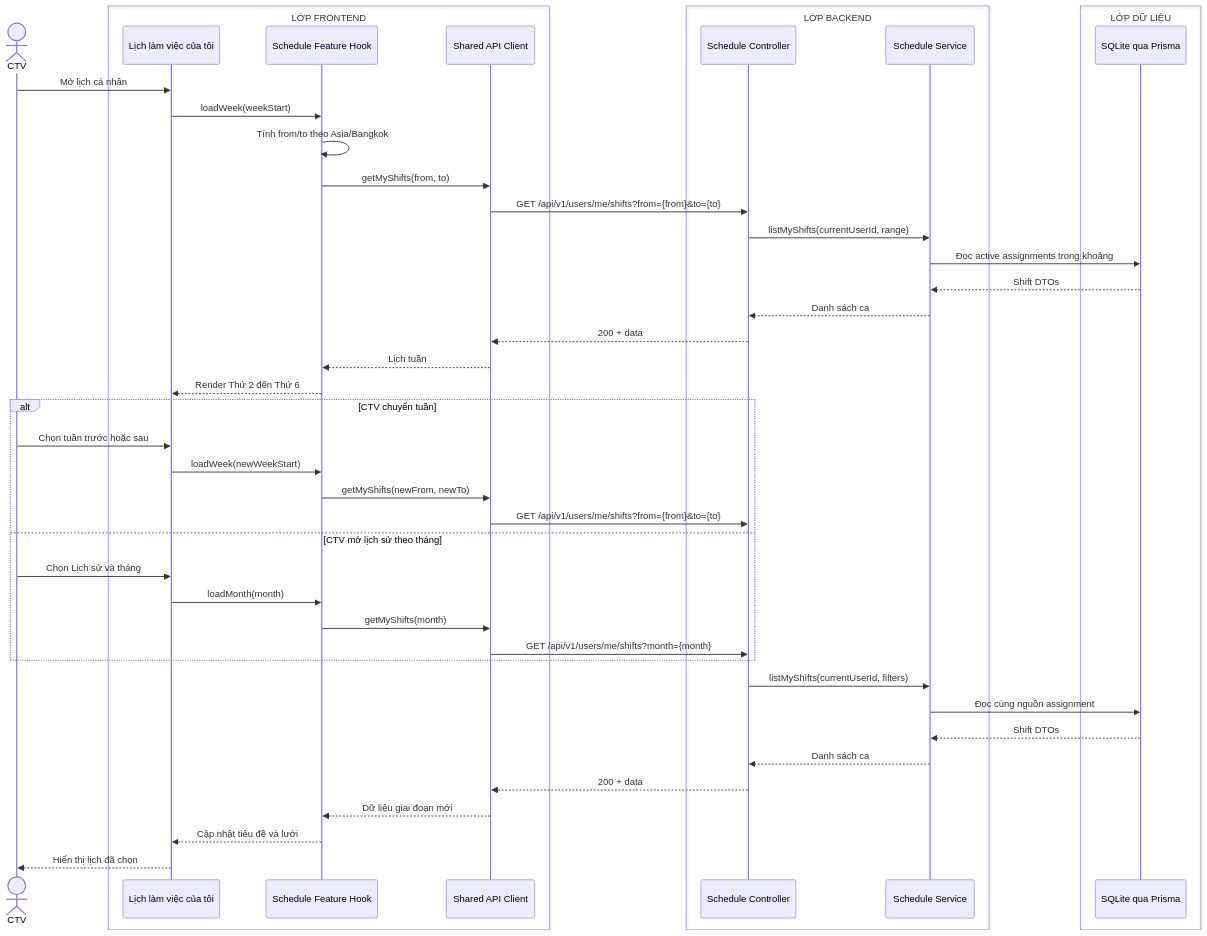
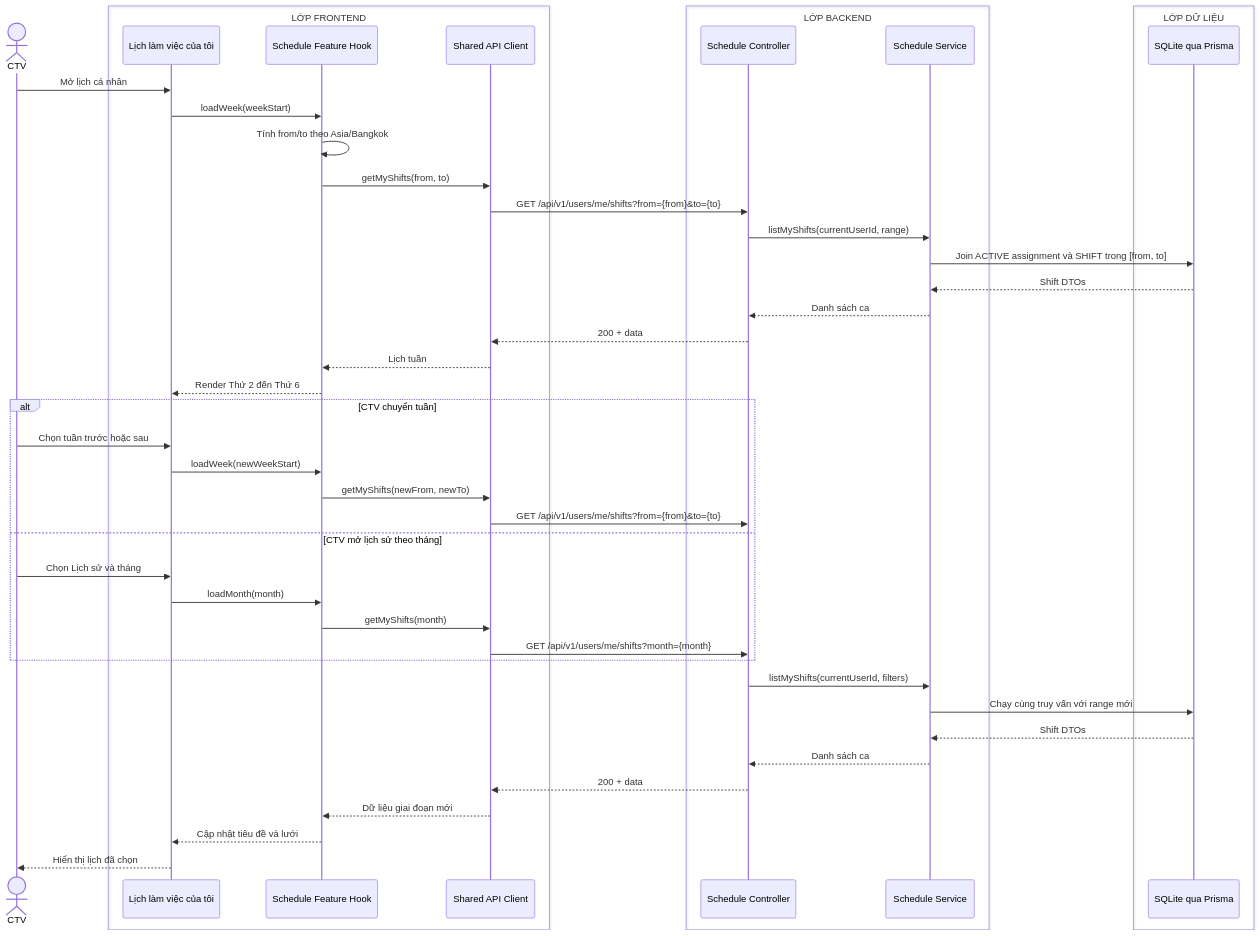
Before and after one commit to MINHDZVODICH/ctv-manage: the diagram in docs/sequence-diagrams/11-xem-lich-tuan-va-lich-su.md, drawn with Mermaid. The commit also changed other lines of this file and 227 other files, not shown here.

````diff
--- a/docs/sequence-diagrams/11-xem-lich-tuan-va-lich-su.md
+++ b/docs/sequence-diagrams/11-xem-lich-tuan-va-lich-su.md
@@ -5,49 +5,49 @@
 ```mermaid
 sequenceDiagram
     actor U as CTV
     box LỚP FRONTEND
         participant UI as Lịch làm việc của tôi
         participant H as Schedule Feature Hook
         participant API as Shared API Client
     end
     box LỚP BACKEND
         participant C as Schedule Controller
         participant S as Schedule Service
     end
     box LỚP DỮ LIỆU
         participant DB as SQLite qua Prisma
     end
 
     U->>UI: Mở lịch cá nhân
     UI->>H: loadWeek(weekStart)
     H->>H: Tính from/to theo Asia/Bangkok
     H->>API: getMyShifts(from, to)
     API->>C: GET /api/v1/users/me/shifts?from={from}&to={to}
     C->>S: listMyShifts(currentUserId, range)
-    S->>DB: Đọc active assignments trong khoảng
+    S->>DB: Join ACTIVE assignment và SHIFT trong [from, to]
     DB-->>S: Shift DTOs
     S-->>C: Danh sách ca
     C-->>API: 200 + data
     API-->>H: Lịch tuần
     H-->>UI: Render Thứ 2 đến Thứ 6
 
     alt CTV chuyển tuần
         U->>UI: Chọn tuần trước hoặc sau
         UI->>H: loadWeek(newWeekStart)
         H->>API: getMyShifts(newFrom, newTo)
         API->>C: GET /api/v1/users/me/shifts?from={from}&to={to}
     else CTV mở lịch sử theo tháng
         U->>UI: Chọn Lịch sử và tháng
         UI->>H: loadMonth(month)
         H->>API: getMyShifts(month)
         API->>C: GET /api/v1/users/me/shifts?month={month}
     end
     C->>S: listMyShifts(currentUserId, filters)
-    S->>DB: Đọc cùng nguồn assignment
+    S->>DB: Chạy cùng truy vấn với range mới
     DB-->>S: Shift DTOs
     S-->>C: Danh sách ca
     C-->>API: 200 + data
     API-->>H: Dữ liệu giai đoạn mới
     H-->>UI: Cập nhật tiêu đề và lưới
     UI-->>U: Hiển thị lịch đã chọn
 ```
````
